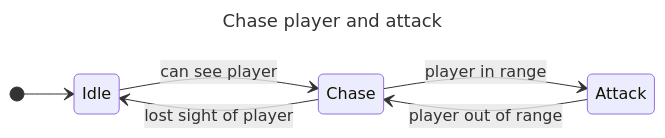
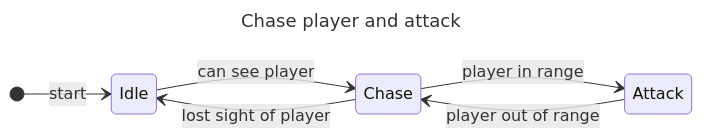
One commit to mugenmelon/mugenmelon.github.io changed the diagram in _posts/1970-01-01-misunderstanding-state-machines.md. Above: the diagram before and after it, drawn with Mermaid.

```diff
--- a/_posts/1970-01-01-misunderstanding-state-machines.md
+++ b/_posts/1970-01-01-misunderstanding-state-machines.md
@@ -25,13 +25,13 @@
 <pre class="mermaid">
 ---
 title: Chase player and attack
 ---
 stateDiagram-v2
     direction LR
 
-    [*] --> Idle
+    [*] --> Idle: start
     Idle --> Chase: can see player
     Chase --> Attack: player in range
     Chase --> Idle: lost sight of player
     Attack --> Chase: player out of range
 </pre>
```
